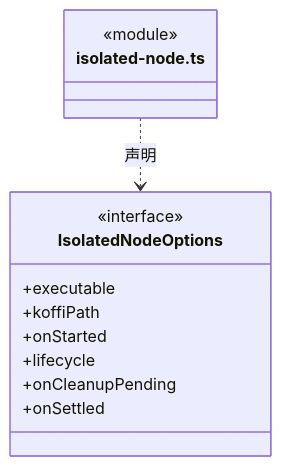
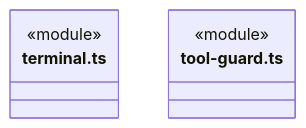
One commit to nan023062/cbim changed the second of 3 diagrams in src/backend/main/platform/ARCHITECTURE.md. Above: the diagram before and after it, drawn with Mermaid. The commit also changed other lines of this file and 971 other files, not shown here.

First line of the commit message:
refactor: align backend source layout with V&B module boundaries

````diff
--- a/src/backend/main/platform/ARCHITECTURE.md
+++ b/src/backend/main/platform/ARCHITECTURE.md
@@ -437,16 +45,9 @@
 ```mermaid
 classDiagram
-class N_src_backend_main_platform_isolated_node_ts["isolated-node.ts"] {
+class N_src_backend_main_platform_terminal_ts["terminal.ts"] {
   <<module>>
 }
-class N_src_backend_main_platform_isolated_node_ts_IsolatedNodeOptions["IsolatedNodeOptions"] {
-  <<interface>>
-  +executable
-  +koffiPath
-  +onStarted
-  +lifecycle
-  +onCleanupPending
-  +onSettled
+class N_src_backend_main_platform_tool_guard_ts["tool-guard.ts"] {
+  <<module>>
 }
-N_src_backend_main_platform_isolated_node_ts ..> N_src_backend_main_platform_isolated_node_ts_IsolatedNodeOptions : 声明
 ```
````
